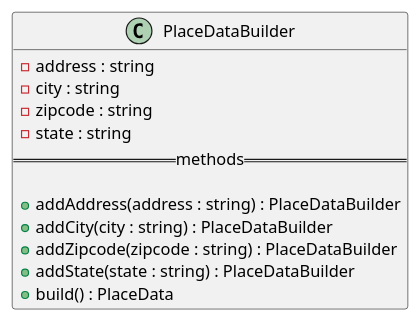
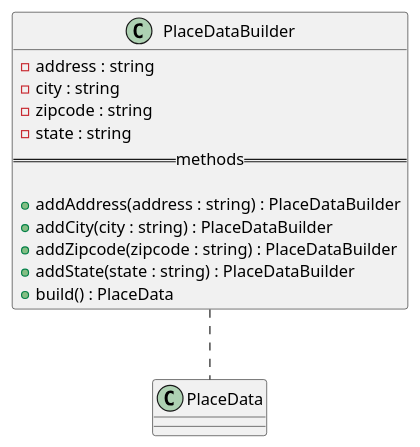
Before and after one commit to GruppOne/stalker-web-app: the diagram in docs/diagrams/classes/Place/PlaceDataBuilder.pu, drawn with PlantUML. The commit also changed 12 other files, not shown here.

Commit message:
feat: include all diagrams into class-diagram and design relations

```diff
--- a/docs/diagrams/classes/Place/PlaceDataBuilder.pu
+++ b/docs/diagrams/classes/Place/PlaceDataBuilder.pu
@@ -1,15 +1,17 @@
 @startuml PlaceDataBuilder Diagram
 class PlaceDataBuilder {
   - address : string
   - city : string
   - zipcode : string
   - state : string
   ==methods==
 
   + addAddress(address : string) : PlaceDataBuilder
   + addCity(city : string) : PlaceDataBuilder
   + addZipcode(zipcode : string) : PlaceDataBuilder
   + addState(state : string) : PlaceDataBuilder
   + build() : PlaceData
 }
+
+PlaceDataBuilder .. PlaceData
 @enduml
```
